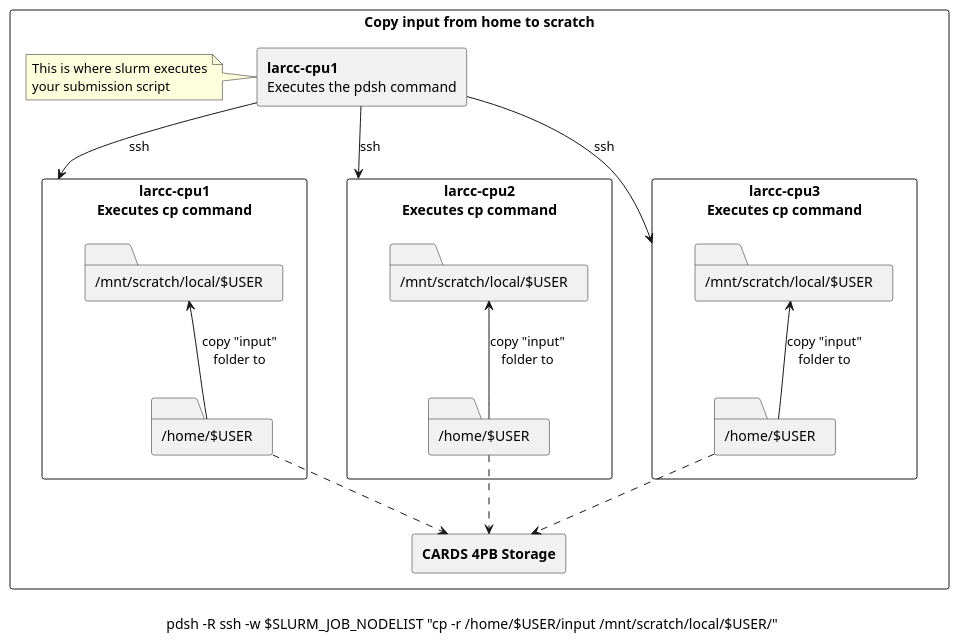
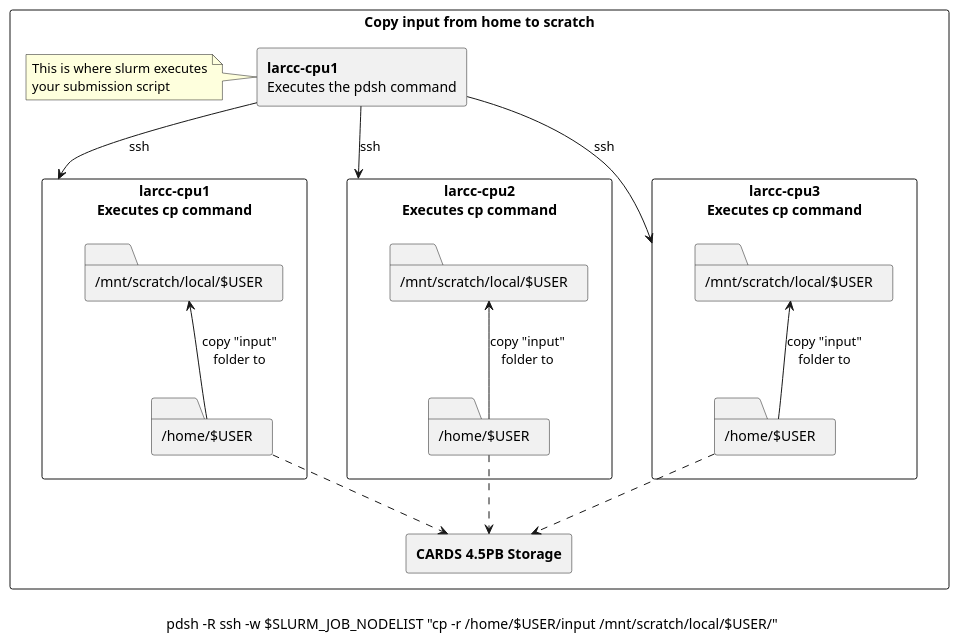
Before and after one commit to ularc/larcc: the diagram in guides/storage/images/pdsh_home_to_scratch.puml, drawn with PlantUML. The commit also changed 3 other files, not shown here.

```diff
--- a/guides/storage/images/pdsh_home_to_scratch.puml
+++ b/guides/storage/images/pdsh_home_to_scratch.puml
@@ -1,39 +1,39 @@
 @startuml
 
 rectangle "Copy input from home to scratch" {
 caption \lpdsh -R ssh -w $SLURM_JOB_NODELIST "cp -r /home/$USER/input /mnt/scratch/local/$USER/"
 
 rectangle "<b>larcc-cpu1\nExecutes the pdsh command" as job_executor
 note left
   This is where slurm executes
   your submission script
 end note
-rectangle "<b>CARDS 4PB Storage" as Shared
+rectangle "<b>CARDS 4.5PB Storage" as Shared
 
 rectangle "<b>larcc-cpu1\nExecutes cp command" as Node1 {
   folder "/home/$USER" as Node1Home
   folder "/mnt/scratch/local/$USER" as Node1Scratch
 }
 
 rectangle "<b>larcc-cpu2\nExecutes cp command" as Node2 {
   folder "/home/$USER" as Node2Home
   folder "/mnt/scratch/local/$USER" as Node2Scratch
 }
 rectangle "<b>larcc-cpu3\nExecutes cp command" as Node3 {
   folder "/home/$USER" as Node3Home
   folder "/mnt/scratch/local/$USER" as Node3Scratch
 }
 
 job_executor -down-> Node1 : ssh
 job_executor -down-> Node2 : ssh
 job_executor -down-> Node3 : ssh
 
 Node1Home -up-> Node1Scratch : copy "input"\nfolder to
 Node2Home -up-> Node2Scratch : copy "input"\nfolder to
 Node3Home -up-> Node3Scratch : copy "input"\nfolder to
 
 Node1Home -[dashed]down-> Shared
 Node2Home -[dashed]down-> Shared
 Node3Home -[dashed]down-> Shared
 }
 @enduml
```
